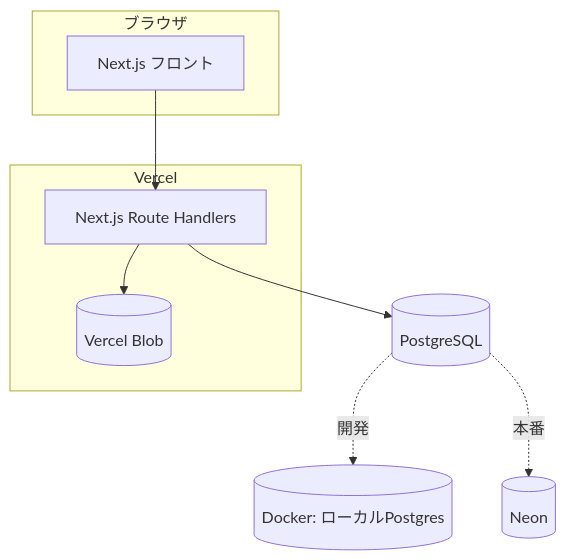
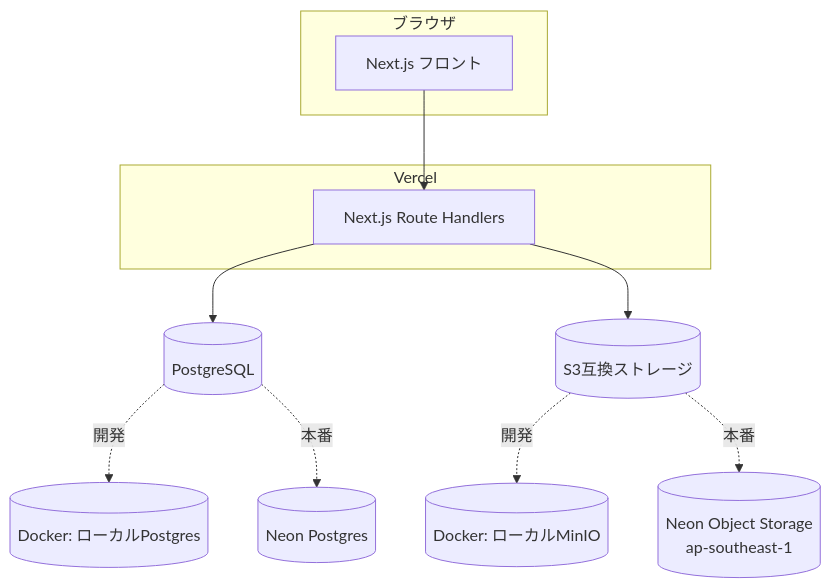
The first of 2 diagrams in 02_tech_spec.md (saitama-Agile2026/team-a), drawn with Mermaid before and after one commit. The commit also changed other lines of this file and 1 other file, not shown here.

````diff
--- a/02_tech_spec.md
+++ b/02_tech_spec.md
@@ -23,13 +23,15 @@
 ```mermaid
 flowchart TB
     subgraph Client[ブラウザ]
         UI[Next.js フロント]
     end
     subgraph Vercel
         UI --> API[Next.js Route Handlers]
-        API --> Blob[(Vercel Blob)]
     end
     API --> DB[(PostgreSQL)]
     DB -.開発.-> DevDB[(Docker: ローカルPostgres)]
-    DB -.本番.-> NeonDB[(Neon)]
+    DB -.本番.-> NeonDB[(Neon Postgres)]
+    API --> Obj[(S3互換ストレージ)]
+    Obj -.開発.-> MinIO[(Docker: ローカルMinIO)]
+    Obj -.本番.-> NeonObj[(Neon Object Storage\nap-southeast-1)]
 ```
````
